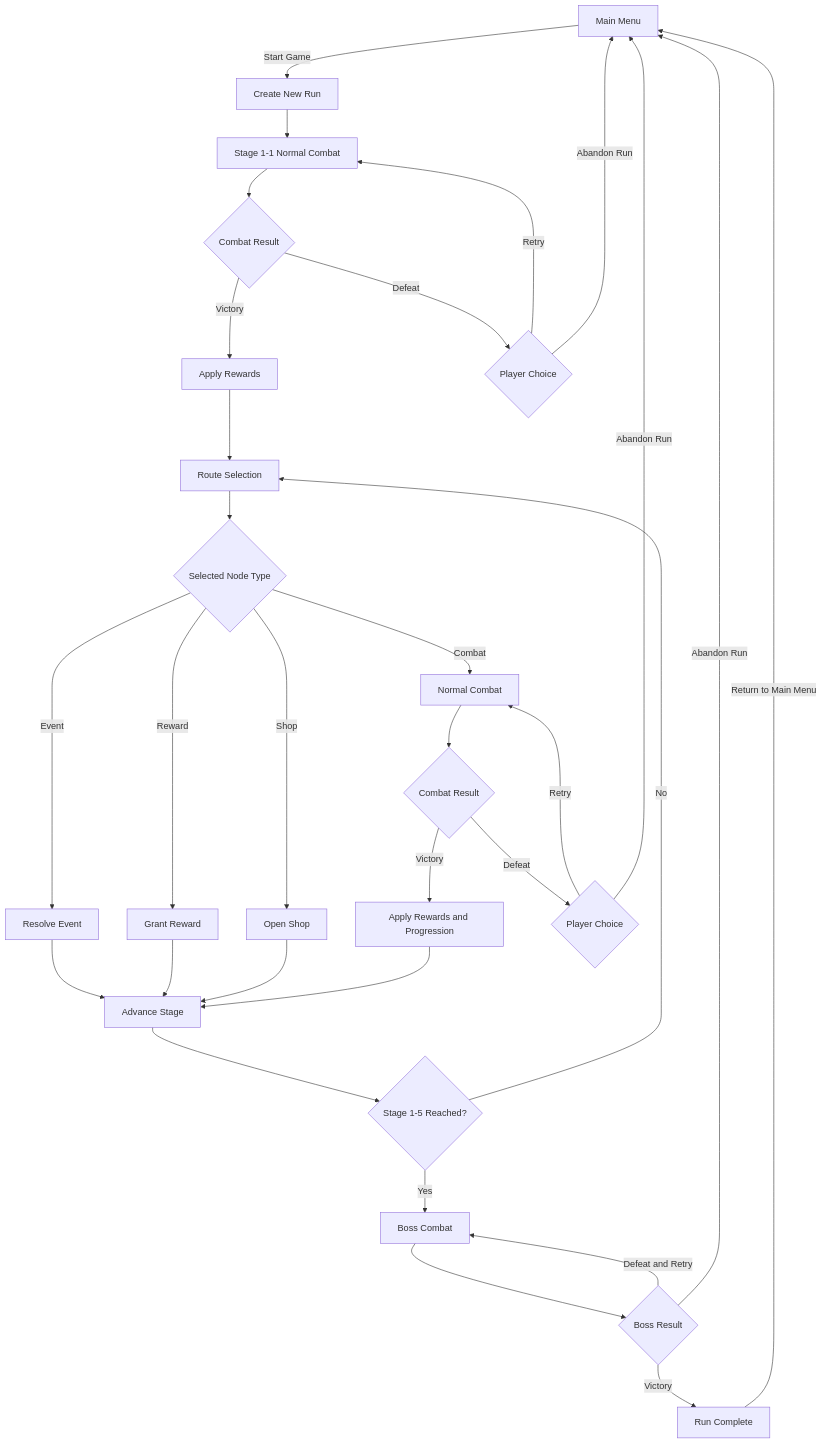
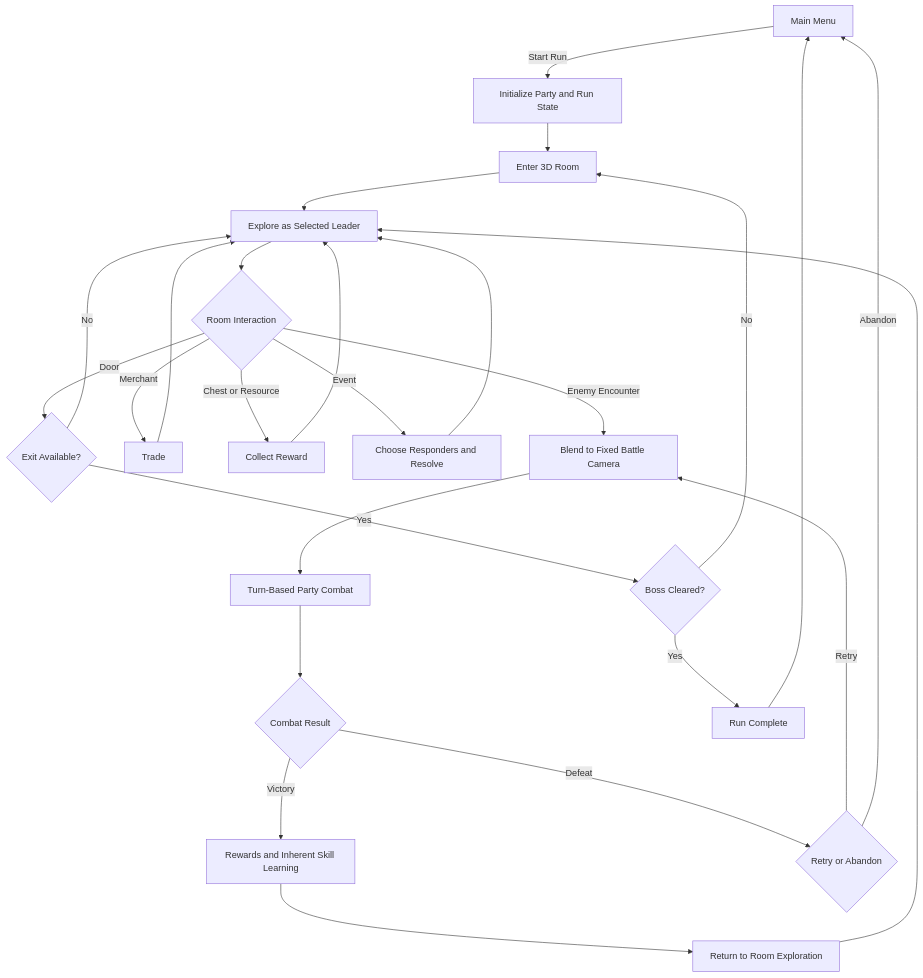
Before and after one commit to ctanne14-sudo/SER_494_GameProject: the diagram in Docs/MVP/Core_Game_Loop.mmd, drawn with Mermaid. The commit also changed 26 other files, not shown here.

```diff
--- a/Docs/MVP/Core_Game_Loop.mmd
+++ b/Docs/MVP/Core_Game_Loop.mmd
@@ -1,31 +1,26 @@
 flowchart TD
-    A[Main Menu] -->|Start Game| B[Create New Run]
-    B --> C[Stage 1-1 Normal Combat]
-    C --> D{Combat Result}
-    D -->|Victory| E[Apply Rewards]
-    D -->|Defeat| F{Player Choice}
-    F -->|Retry| C
-    F -->|Abandon Run| A
-    E --> G[Route Selection]
-    G --> H{Selected Node Type}
-    H -->|Combat| I[Normal Combat]
-    H -->|Event| J[Resolve Event]
-    H -->|Reward| K[Grant Reward]
-    H -->|Shop| L[Open Shop]
-    I --> M{Combat Result}
-    M -->|Victory| N[Apply Rewards and Progression]
-    M -->|Defeat| O{Player Choice}
-    O -->|Retry| I
-    O -->|Abandon Run| A
-    J --> P[Advance Stage]
-    K --> P
-    L --> P
-    N --> P
-    P --> Q{Stage 1-5 Reached?}
-    Q -->|No| G
-    Q -->|Yes| R[Boss Combat]
-    R --> S{Boss Result}
-    S -->|Victory| T[Run Complete]
-    S -->|Defeat and Retry| R
-    S -->|Abandon Run| A
-    T -->|Return to Main Menu| A
+    A[Main Menu] -->|Start Run| B[Initialize Party and Run State]
+    B --> C[Enter 3D Room]
+    C --> D[Explore as Selected Leader]
+    D --> E{Room Interaction}
+    E -->|Enemy Encounter| F[Blend to Fixed Battle Camera]
+    E -->|Merchant| G[Trade]
+    E -->|Chest or Resource| H[Collect Reward]
+    E -->|Event| I[Choose Responders and Resolve]
+    E -->|Door| J{Exit Available?}
+    F --> K[Turn-Based Party Combat]
+    K --> L{Combat Result}
+    L -->|Victory| M[Rewards and Inherent Skill Learning]
+    L -->|Defeat| N{Retry or Abandon}
+    N -->|Retry| F
+    N -->|Abandon| A
+    M --> O[Return to Room Exploration]
+    G --> D
+    H --> D
+    I --> D
+    O --> D
+    J -->|No| D
+    J -->|Yes| P{Boss Cleared?}
+    P -->|No| C
+    P -->|Yes| Q[Run Complete]
+    Q --> A
```
